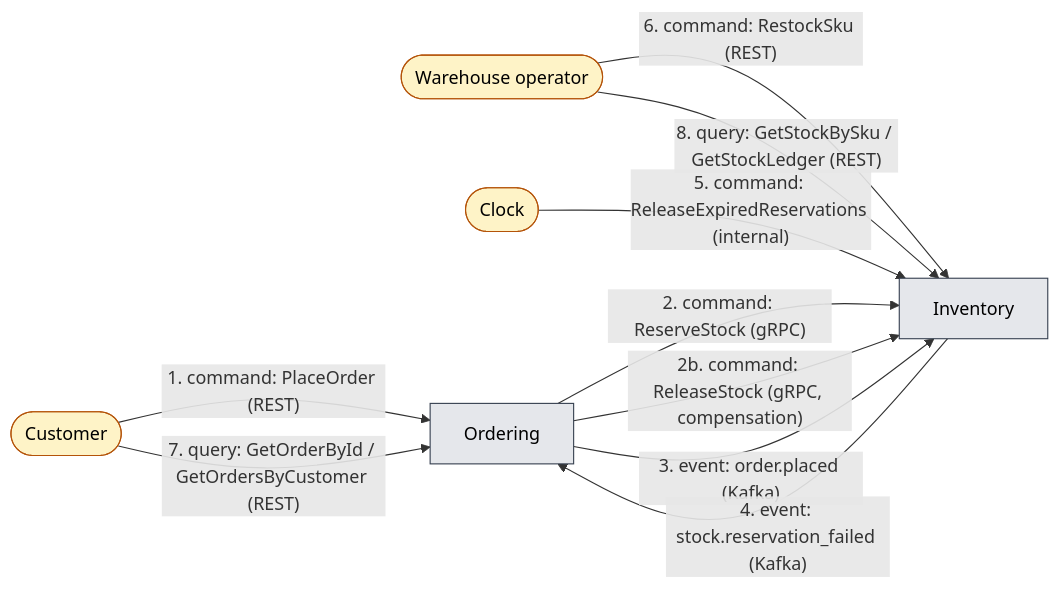
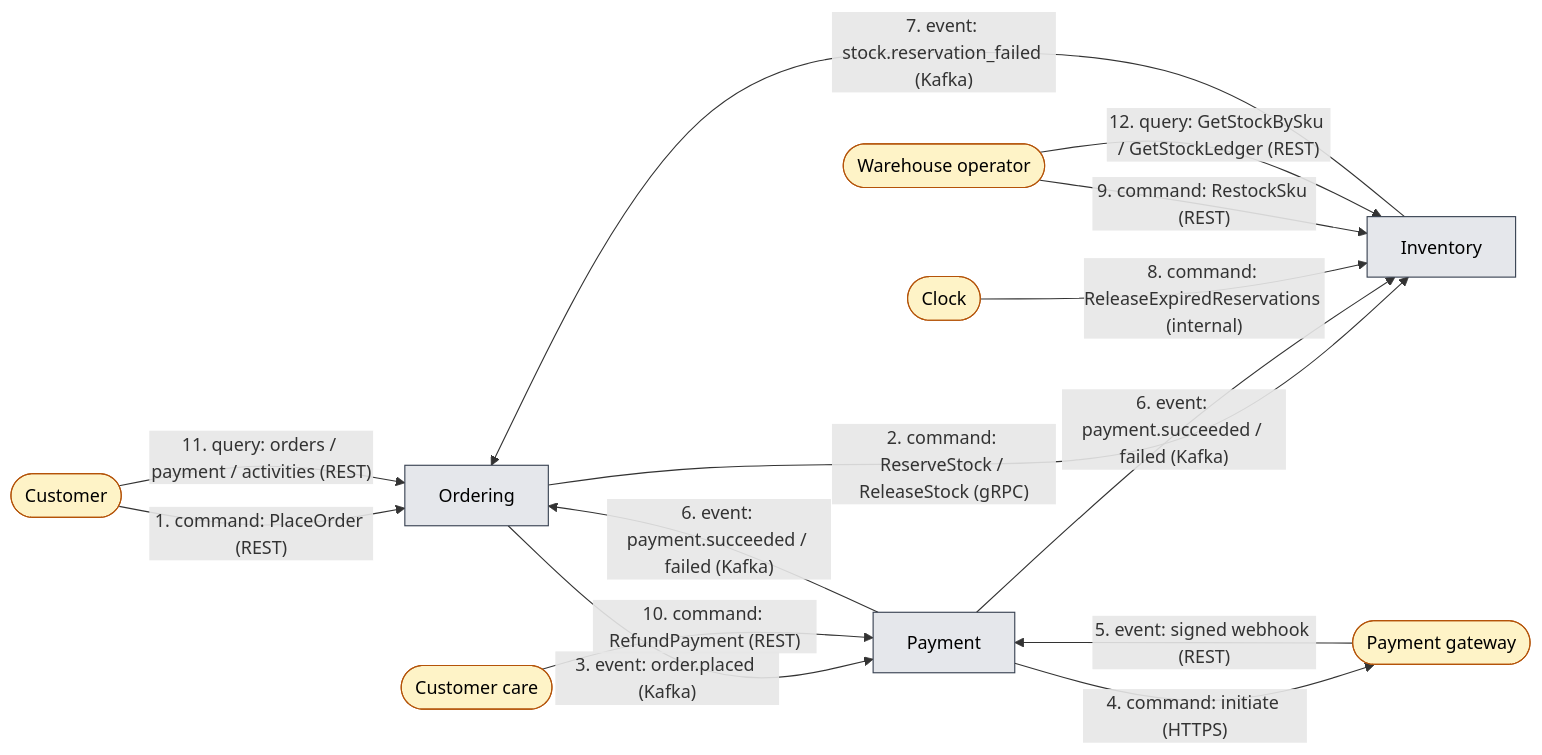
Before and after one commit to NamCaoDev/nestjs-ecommerce: the diagram in docs/message-flows/diagrams/README/02-big-picture-every-domain-message.mmd, drawn with Mermaid. The commit also changed 330 other files, not shown here.

```diff
--- a/docs/message-flows/diagrams/README/02-big-picture-every-domain-message.mmd
+++ b/docs/message-flows/diagrams/README/02-big-picture-every-domain-message.mmd
@@ -1,19 +1,26 @@
 flowchart LR
   Customer([Customer]):::actor
   Operator([Warehouse operator]):::actor
+  Agent([Customer care]):::actor
   Clock([Clock]):::actor
+  Gateway([Payment gateway]):::actor
   Ordering[Ordering]:::context
   Inventory[Inventory]:::context
+  Payment[Payment]:::context
 
   Customer -- "1. command: PlaceOrder (REST)" --> Ordering
-  Ordering -- "2. command: ReserveStock (gRPC)" --> Inventory
-  Ordering -- "2b. command: ReleaseStock (gRPC, compensation)" --> Inventory
-  Ordering -- "3. event: order.placed (Kafka)" --> Inventory
-  Inventory -- "4. event: stock.reservation_failed (Kafka)" --> Ordering
-  Clock -- "5. command: ReleaseExpiredReservations (internal)" --> Inventory
-  Operator -- "6. command: RestockSku (REST)" --> Inventory
-  Customer -- "7. query: GetOrderById / GetOrdersByCustomer (REST)" --> Ordering
-  Operator -- "8. query: GetStockBySku / GetStockLedger (REST)" --> Inventory
+  Ordering -- "2. command: ReserveStock / ReleaseStock (gRPC)" --> Inventory
+  Ordering -- "3. event: order.placed (Kafka)" --> Payment
+  Payment -- "4. command: initiate (HTTPS)" --> Gateway
+  Gateway -- "5. event: signed webhook (REST)" --> Payment
+  Payment -- "6. event: payment.succeeded / failed (Kafka)" --> Ordering
+  Payment -- "6. event: payment.succeeded / failed (Kafka)" --> Inventory
+  Inventory -- "7. event: stock.reservation_failed (Kafka)" --> Ordering
+  Clock -- "8. command: ReleaseExpiredReservations (internal)" --> Inventory
+  Operator -- "9. command: RestockSku (REST)" --> Inventory
+  Agent -- "10. command: RefundPayment (REST)" --> Payment
+  Customer -- "11. query: orders / payment / activities (REST)" --> Ordering
+  Operator -- "12. query: GetStockBySku / GetStockLedger (REST)" --> Inventory
 
   classDef actor fill:#fef3c7,stroke:#b45309,color:#000
   classDef context fill:#e5e7eb,stroke:#374151,color:#000
```
